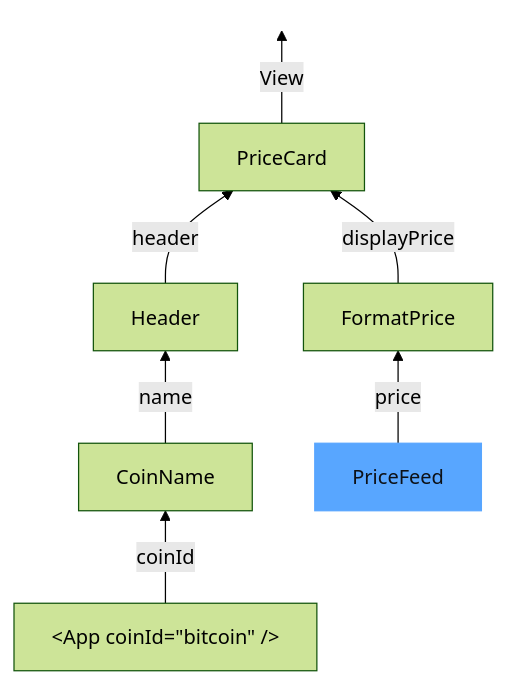
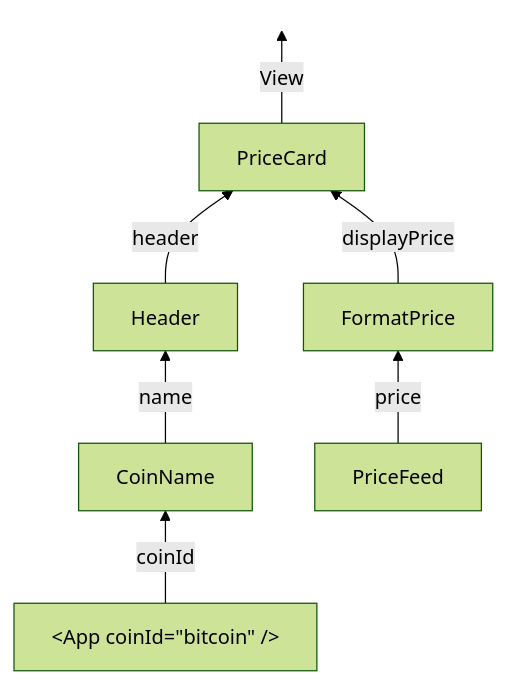
Before and after one commit to uriva/graft: the diagram in README.md, drawn with Mermaid (forest theme). The commit also changed other lines of this file, not shown here.

Commit message:
Remove blue styling from mermaid, move diagram to Quick example section

````diff
--- a/README.md
+++ b/README.md
@@ -11,12 +48,11 @@
 ```mermaid
 graph BT
     App["&lt;App coinId=&quot;bitcoin&quot; /&gt;"] -- coinId --> CoinName
     CoinName -- name --> Header
     Header -- header --> PriceCard
     PriceFeed -- price --> FormatPrice
     FormatPrice -- displayPrice --> PriceCard
     PriceCard -- View --> Output((" "))
 
-    style PriceFeed fill:#58a6ff,stroke:#58a6ff,color:#0d1117
     style Output fill:none,stroke:none
 ```
````
